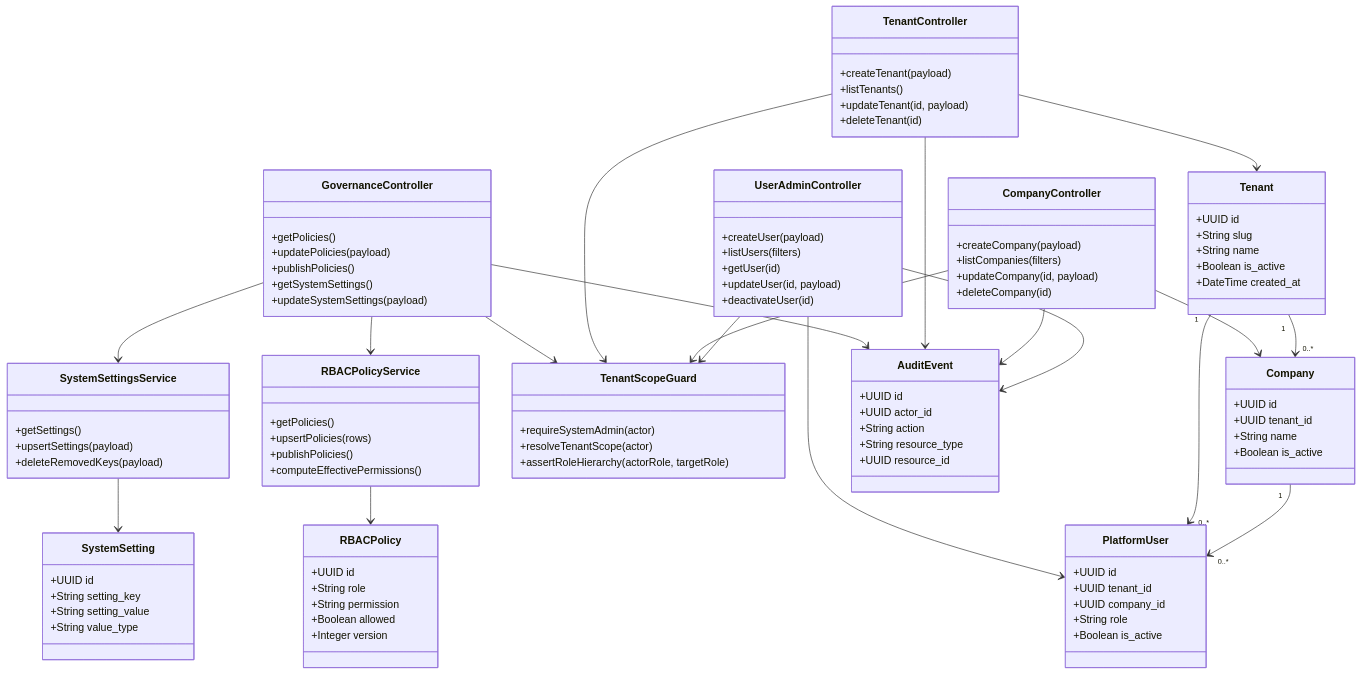
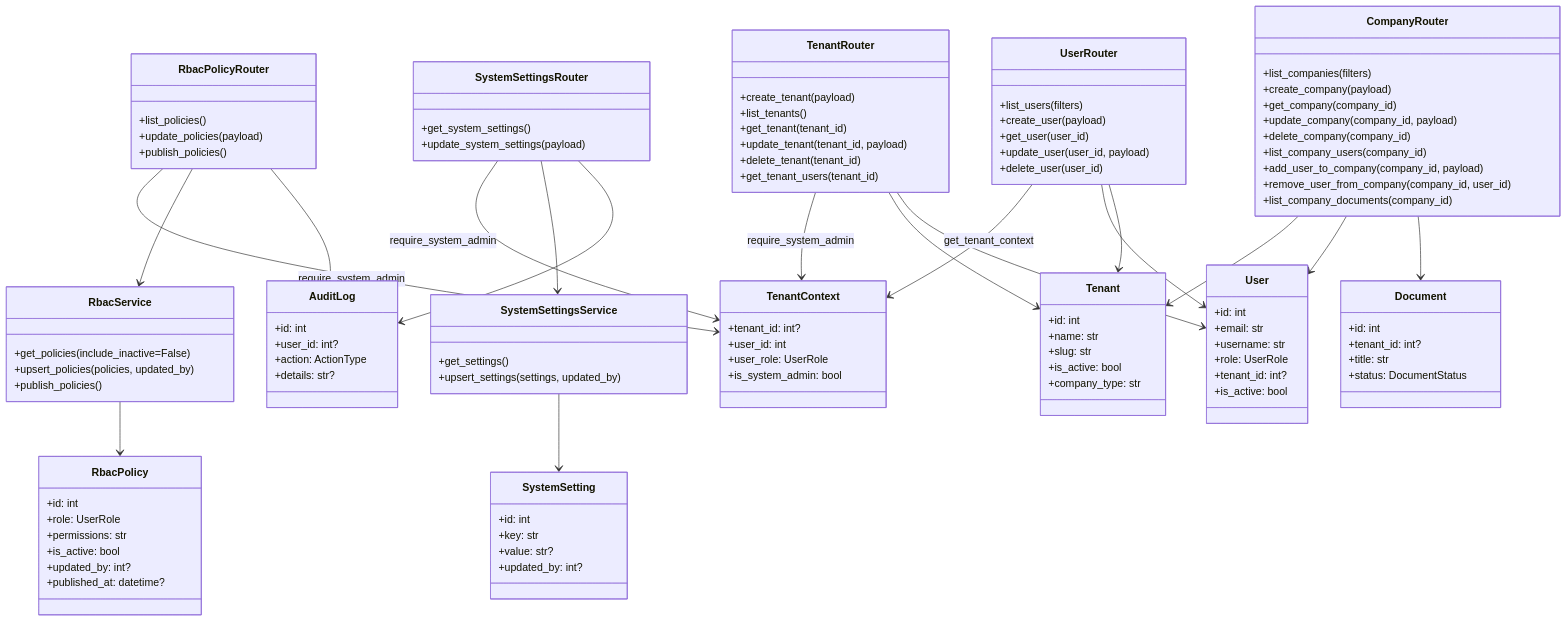
The diagram in diagrams/phases/P1_GOVERNANCE_SETUP/CLASS.md (Yogevso/finale_project), drawn with Mermaid before and after one commit. The commit also changed 23 other files, not shown here.

Commit message:
chore: update phase diagrams and frontend artifacts

````diff
--- a/diagrams/phases/P1_GOVERNANCE_SETUP/CLASS.md
+++ b/diagrams/phases/P1_GOVERNANCE_SETUP/CLASS.md
@@ -3,104 +3,125 @@
 ```mermaid
 classDiagram
-    class GovernanceController {
-        +getPolicies()
-        +updatePolicies(payload)
-        +publishPolicies()
-        +getSystemSettings()
-        +updateSystemSettings(payload)
-    }
-    class TenantController {
-        +createTenant(payload)
-        +listTenants()
-        +updateTenant(id, payload)
-        +deleteTenant(id)
-    }
-    class CompanyController {
-        +createCompany(payload)
-        +listCompanies(filters)
-        +updateCompany(id, payload)
-        +deleteCompany(id)
-    }
-    class UserAdminController {
-        +createUser(payload)
-        +listUsers(filters)
-        +getUser(id)
-        +updateUser(id, payload)
-        +deactivateUser(id)
-    }
-    class RBACPolicyService {
-        +getPolicies()
-        +upsertPolicies(rows)
-        +publishPolicies()
-        +computeEffectivePermissions()
-    }
-    class SystemSettingsService {
-        +getSettings()
-        +upsertSettings(payload)
-        +deleteRemovedKeys(payload)
-    }
-    class TenantScopeGuard {
-        +requireSystemAdmin(actor)
-        +resolveTenantScope(actor)
-        +assertRoleHierarchy(actorRole, targetRole)
-    }
-    class Tenant {
-        +UUID id
-        +String slug
-        +String name
-        +Boolean is_active
-        +DateTime created_at
-    }
-    class Company {
-        +UUID id
-        +UUID tenant_id
-        +String name
-        +Boolean is_active
-    }
-    class PlatformUser {
-        +UUID id
-        +UUID tenant_id
-        +UUID company_id
-        +String role
-        +Boolean is_active
-    }
-    class RBACPolicy {
-        +UUID id
-        +String role
-        +String permission
-        +Boolean allowed
-        +Integer version
-    }
-    class SystemSetting {
-        +UUID id
-        +String setting_key
-        +String setting_value
-        +String value_type
-    }
-    class AuditEvent {
-        +UUID id
-        +UUID actor_id
-        +String action
-        +String resource_type
-        +UUID resource_id
+    class RbacPolicyRouter {
+        +list_policies()
+        +update_policies(payload)
+        +publish_policies()
     }
 
-    GovernanceController --> RBACPolicyService
-    GovernanceController --> SystemSettingsService
-    GovernanceController --> TenantScopeGuard
-    TenantController --> TenantScopeGuard
-    CompanyController --> TenantScopeGuard
-    UserAdminController --> TenantScopeGuard
-    RBACPolicyService --> RBACPolicy
+    class SystemSettingsRouter {
+        +get_system_settings()
+        +update_system_settings(payload)
+    }
+
+    class TenantRouter {
+        +create_tenant(payload)
+        +list_tenants()
+        +get_tenant(tenant_id)
+        +update_tenant(tenant_id, payload)
+        +delete_tenant(tenant_id)
+        +get_tenant_users(tenant_id)
+    }
+
+    class CompanyRouter {
+        +list_companies(filters)
+        +create_company(payload)
+        +get_company(company_id)
+        +update_company(company_id, payload)
+        +delete_company(company_id)
+        +list_company_users(company_id)
+        +add_user_to_company(company_id, payload)
+        +remove_user_from_company(company_id, user_id)
+        +list_company_documents(company_id)
+    }
+
+    class UserRouter {
+        +list_users(filters)
+        +create_user(payload)
+        +get_user(user_id)
+        +update_user(user_id, payload)
+        +delete_user(user_id)
+    }
+
+    class RbacService {
+        +get_policies(include_inactive=False)
+        +upsert_policies(policies, updated_by)
+        +publish_policies()
+    }
+
+    class SystemSettingsService {
+        +get_settings()
+        +upsert_settings(settings, updated_by)
+    }
+
+    class TenantContext {
+        +tenant_id: int?
+        +user_id: int
+        +user_role: UserRole
+        +is_system_admin: bool
+    }
+
+    class RbacPolicy {
+        +id: int
+        +role: UserRole
+        +permissions: str
+        +is_active: bool
+        +updated_by: int?
+        +published_at: datetime?
+    }
+
+    class SystemSetting {
+        +id: int
+        +key: str
+        +value: str?
+        +updated_by: int?
+    }
+
+    class Tenant {
+        +id: int
+        +name: str
+        +slug: str
+        +is_active: bool
+        +company_type: str
+    }
+
+    class User {
+        +id: int
+        +email: str
+        +username: str
+        +role: UserRole
+        +tenant_id: int?
+        +is_active: bool
+    }
+
+    class Document {
+        +id: int
+        +tenant_id: int?
+        +title: str
+        +status: DocumentStatus
+    }
+
+    class AuditLog {
+        +id: int
+        +user_id: int?
+        +action: ActionType
+        +details: str?
+    }
+
+    RbacPolicyRouter --> TenantContext : require_system_admin
+    RbacPolicyRouter --> RbacService
+    RbacPolicyRouter --> AuditLog
+    SystemSettingsRouter --> TenantContext : require_system_admin
+    SystemSettingsRouter --> SystemSettingsService
+    SystemSettingsRouter --> AuditLog
+    TenantRouter --> TenantContext : require_system_admin
+    TenantRouter --> Tenant
+    TenantRouter --> User
+    CompanyRouter --> Tenant
+    CompanyRouter --> User
+    CompanyRouter --> Document
+    UserRouter --> TenantContext : get_tenant_context
+    UserRouter --> User
+    UserRouter --> Tenant
+    RbacService --> RbacPolicy
     SystemSettingsService --> SystemSetting
-    TenantController --> Tenant
-    CompanyController --> Company
-    UserAdminController --> PlatformUser
-    Tenant "1" --> "0..*" Company
-    Tenant "1" --> "0..*" PlatformUser
-    Company "1" --> "0..*" PlatformUser
-    GovernanceController --> AuditEvent
-    TenantController --> AuditEvent
-    CompanyController --> AuditEvent
-    UserAdminController --> AuditEvent
 ```
````
